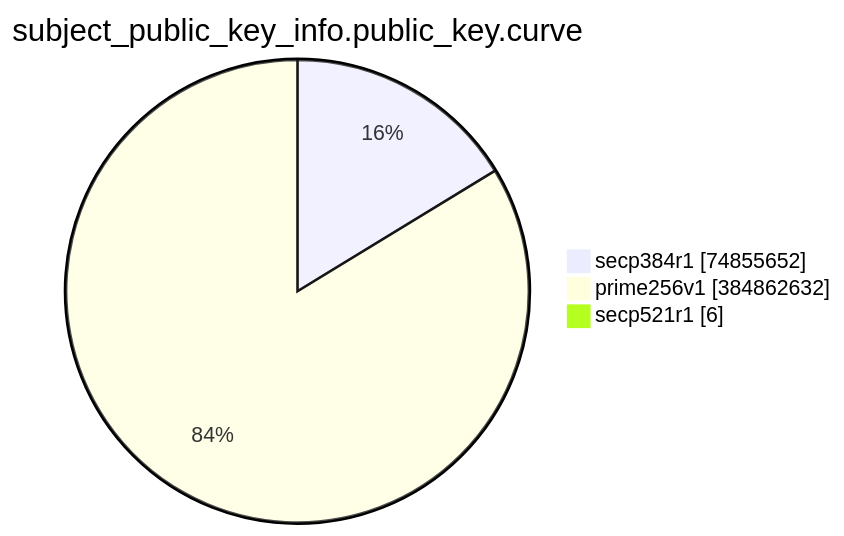
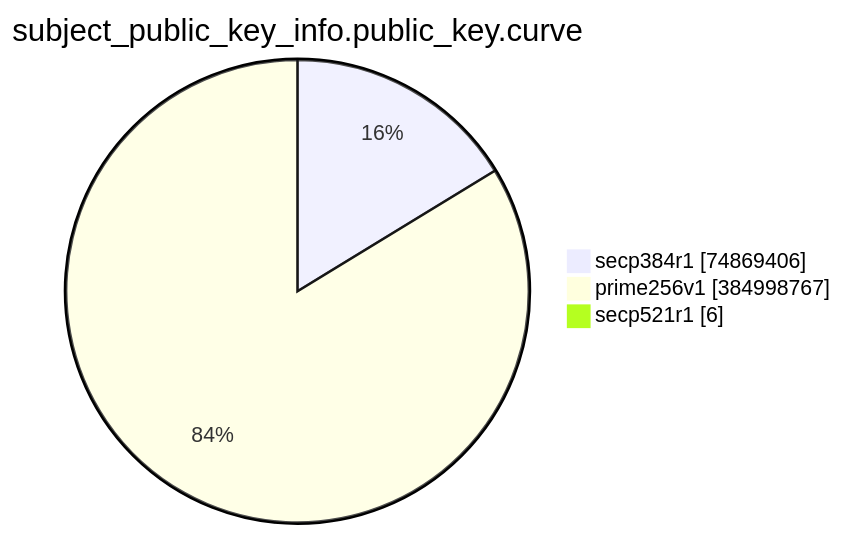
Before and after one commit to christiankrug/ctmonitor_visualization: the eighth of 15 diagrams in TOTAL/README.md, drawn with Mermaid. The commit also changed other lines of this file, not shown here.

````diff
--- a/TOTAL/README.md
+++ b/TOTAL/README.md
@@ -3094,7 +3094,7 @@
 ```mermaid
 pie showData
 title subject_public_key_info.public_key.curve
-"secp384r1" :74855652
-"prime256v1" :384862632
+"secp384r1" :74869406
+"prime256v1" :384998767
 "secp521r1" :6
 ```
````
